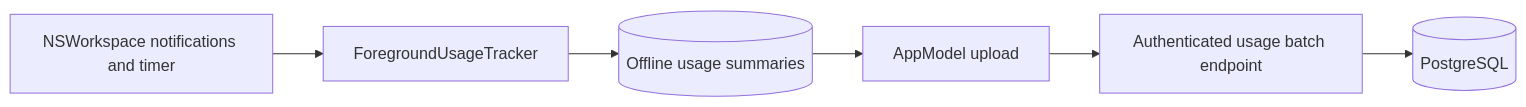
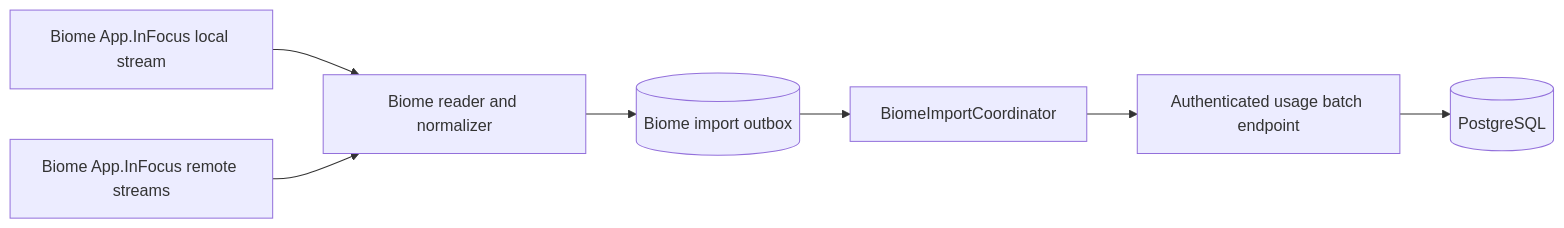
The fourth of 4 diagrams in agent_docs/architectures/macos.md (huynguyen1999/itu), drawn with Mermaid before and after one commit. The commit also changed other lines of this file and 117 other files, not shown here.

````diff
--- a/agent_docs/architectures/macos.md
+++ b/agent_docs/architectures/macos.md
@@ -130,11 +130,14 @@
 ```mermaid
 flowchart LR
-    Workspace["NSWorkspace notifications and timer"]
-    Tracker["ForegroundUsageTracker"]
-    Store[("Offline usage summaries")]
-    Model["AppModel upload"]
+    Local["Biome App.InFocus local stream"]
+    Remote["Biome App.InFocus remote streams"]
+    Reader["Biome reader and normalizer"]
+    Store[("Biome import outbox")]
+    Model["BiomeImportCoordinator"]
     API["Authenticated usage batch endpoint"]
     DB[("PostgreSQL")]
 
-    Workspace --> Tracker --> Store --> Model --> API --> DB
+    Local --> Reader
+    Remote --> Reader
+    Reader --> Store --> Model --> API --> DB
 ```
````
